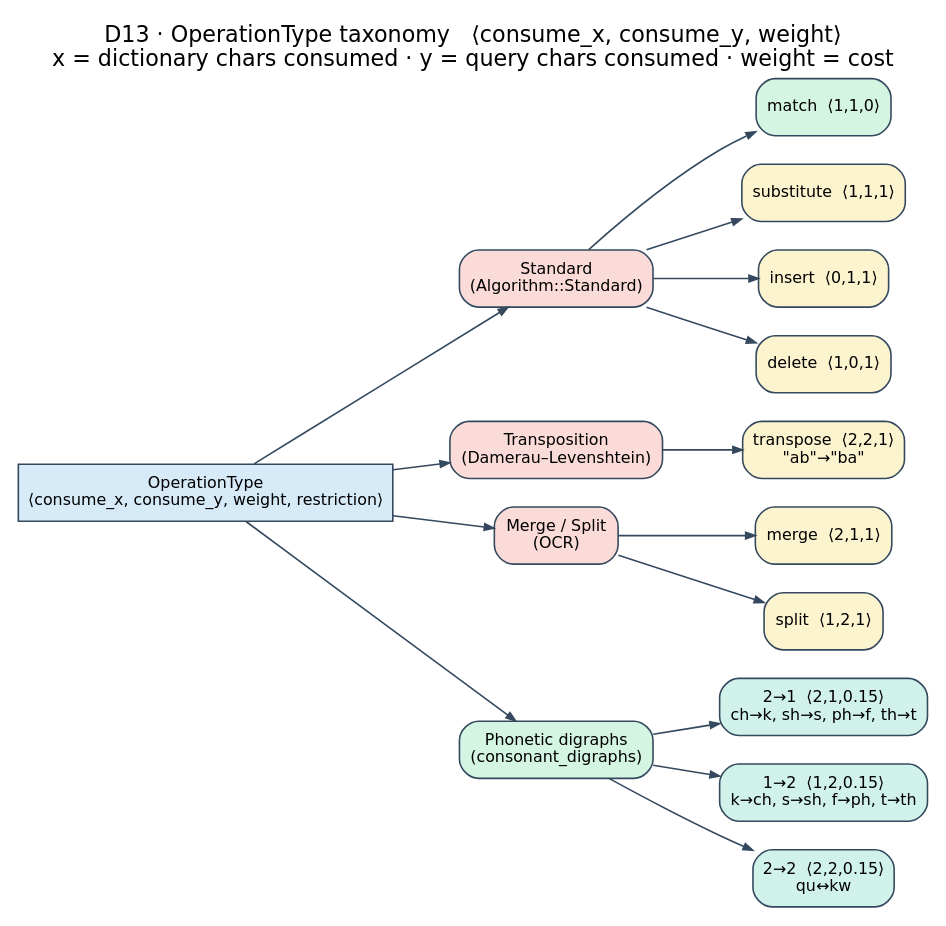
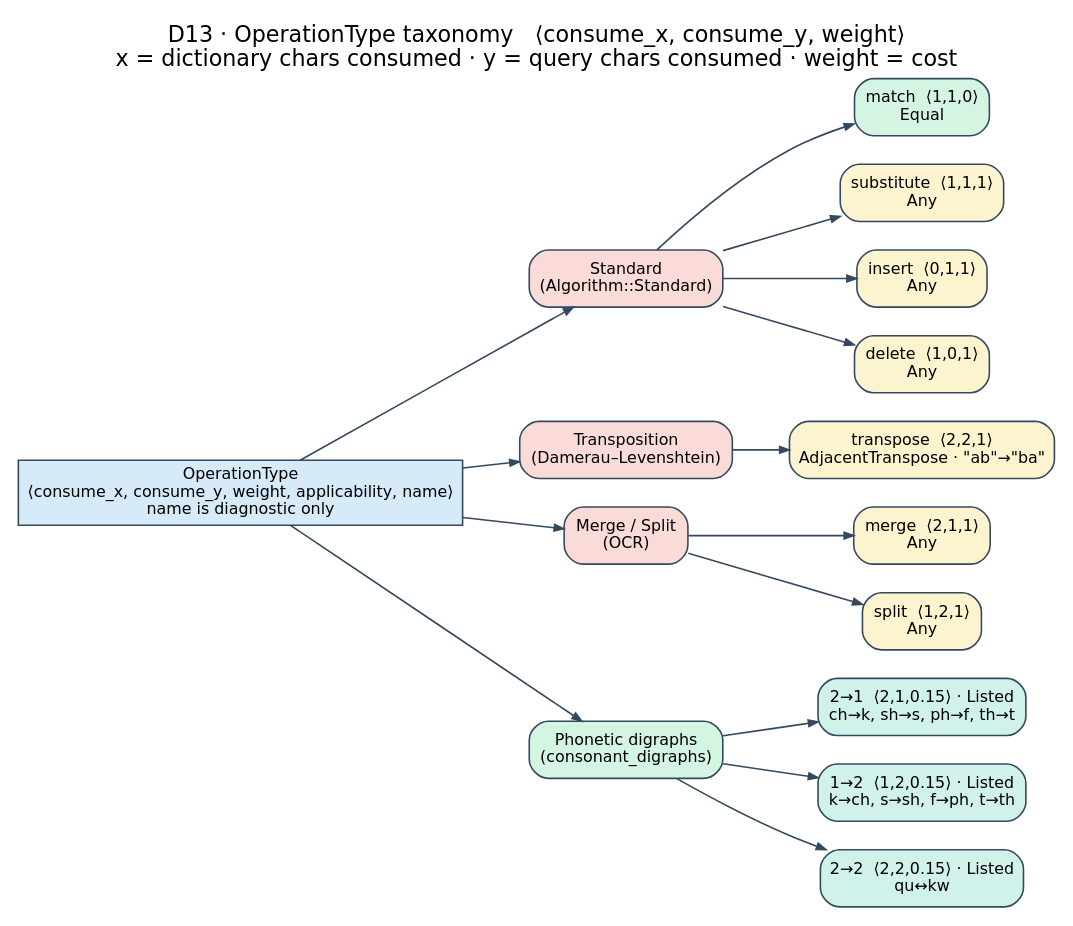
The diagram in docs/diagrams/src/operationtype-taxonomy.dot (vinary-tree/duallity), drawn with Graphviz before and after one commit. The commit also changed 7 other files, not shown here.

First line of the commit message:
fix(generalized): preserve native operation applicability

```diff
--- a/docs/diagrams/src/operationtype-taxonomy.dot
+++ b/docs/diagrams/src/operationtype-taxonomy.dot
@@ -1,54 +1,54 @@
 // D13 — OperationType taxonomy.
 // Depicts: the generalized-Levenshtein operation landscape an OperationSet can hold, each tagged
 // with ⟨consume_x, consume_y, weight⟩ (dict chars consumed, query chars consumed, cost). Standard
 // ops vs. transposition / merge-split vs. phonetic digraphs.
 digraph OperationTaxonomy {
   rankdir=LR;
   bgcolor="#FFFFFF";
   fontname="DejaVu Sans";
   labelloc="t";
   label="D13 · OperationType taxonomy   ⟨consume_x, consume_y, weight⟩\nx = dictionary chars consumed · y = query chars consumed · weight = cost";
   node [shape=box, style="rounded,filled", fontname="DejaVu Sans", fontsize=10, color="#34495E"];
   edge [color="#34495E", arrowsize=0.6];
 
-  root [label="OperationType\n⟨consume_x, consume_y, weight, restriction⟩", fillcolor="#D6EAF8", shape=box, style="filled"];
+  root [label="OperationType\n⟨consume_x, consume_y, weight, applicability, name⟩\nname is diagnostic only", fillcolor="#D6EAF8", shape=box, style="filled"];
 
   // families
   fam_std  [label="Standard\n(Algorithm::Standard)", fillcolor="#FADBD8"];
   fam_dl   [label="Transposition\n(Damerau–Levenshtein)", fillcolor="#FADBD8"];
   fam_ms   [label="Merge / Split\n(OCR)", fillcolor="#FADBD8"];
   fam_ph   [label="Phonetic digraphs\n(consonant_digraphs)", fillcolor="#D5F5E3"];
 
   root -> fam_std;
   root -> fam_dl;
   root -> fam_ms;
   root -> fam_ph;
 
   // standard ops
-  op_match [label="match  ⟨1,1,0⟩", fillcolor="#D5F5E3"];
-  op_sub   [label="substitute  ⟨1,1,1⟩", fillcolor="#FCF3CF"];
-  op_ins   [label="insert  ⟨0,1,1⟩", fillcolor="#FCF3CF"];
-  op_del   [label="delete  ⟨1,0,1⟩", fillcolor="#FCF3CF"];
+  op_match [label="match  ⟨1,1,0⟩\nEqual", fillcolor="#D5F5E3"];
+  op_sub   [label="substitute  ⟨1,1,1⟩\nAny", fillcolor="#FCF3CF"];
+  op_ins   [label="insert  ⟨0,1,1⟩\nAny", fillcolor="#FCF3CF"];
+  op_del   [label="delete  ⟨1,0,1⟩\nAny", fillcolor="#FCF3CF"];
   fam_std -> op_match;
   fam_std -> op_sub;
   fam_std -> op_ins;
   fam_std -> op_del;
 
   // transposition
-  op_tr [label="transpose  ⟨2,2,1⟩\n\"ab\"→\"ba\"", fillcolor="#FCF3CF"];
+  op_tr [label="transpose  ⟨2,2,1⟩\nAdjacentTranspose · \"ab\"→\"ba\"", fillcolor="#FCF3CF"];
   fam_dl -> op_tr;
 
   // merge/split
-  op_merge [label="merge  ⟨2,1,1⟩", fillcolor="#FCF3CF"];
-  op_split [label="split  ⟨1,2,1⟩", fillcolor="#FCF3CF"];
+  op_merge [label="merge  ⟨2,1,1⟩\nAny", fillcolor="#FCF3CF"];
+  op_split [label="split  ⟨1,2,1⟩\nAny", fillcolor="#FCF3CF"];
   fam_ms -> op_merge;
   fam_ms -> op_split;
 
   // phonetic digraphs (restricted)
-  op_2to1 [label="2→1  ⟨2,1,0.15⟩\nch→k, sh→s, ph→f, th→t", fillcolor="#D1F2EB"];
-  op_1to2 [label="1→2  ⟨1,2,0.15⟩\nk→ch, s→sh, f→ph, t→th", fillcolor="#D1F2EB"];
-  op_2to2 [label="2→2  ⟨2,2,0.15⟩\nqu↔kw", fillcolor="#D1F2EB"];
+  op_2to1 [label="2→1  ⟨2,1,0.15⟩ · Listed\nch→k, sh→s, ph→f, th→t", fillcolor="#D1F2EB"];
+  op_1to2 [label="1→2  ⟨1,2,0.15⟩ · Listed\nk→ch, s→sh, f→ph, t→th", fillcolor="#D1F2EB"];
+  op_2to2 [label="2→2  ⟨2,2,0.15⟩ · Listed\nqu↔kw", fillcolor="#D1F2EB"];
   fam_ph -> op_2to1;
   fam_ph -> op_1to2;
   fam_ph -> op_2to2;
 }
```
